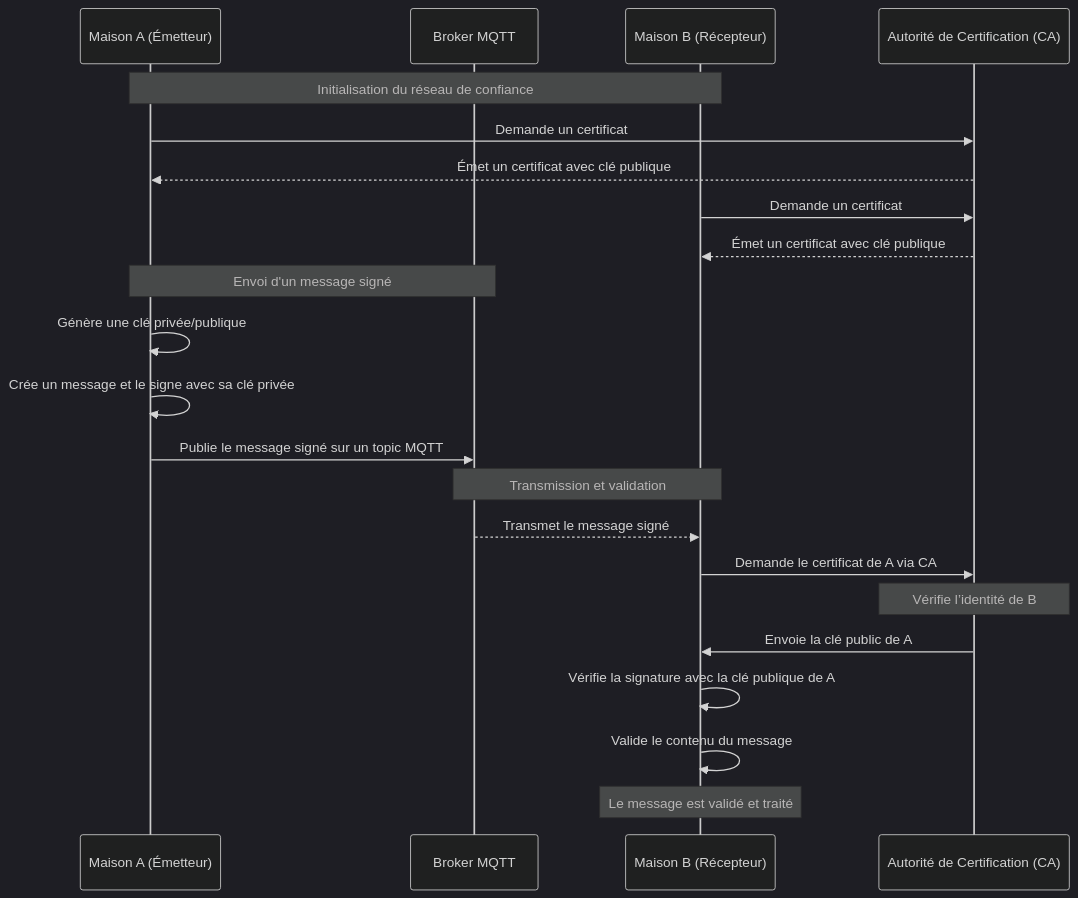
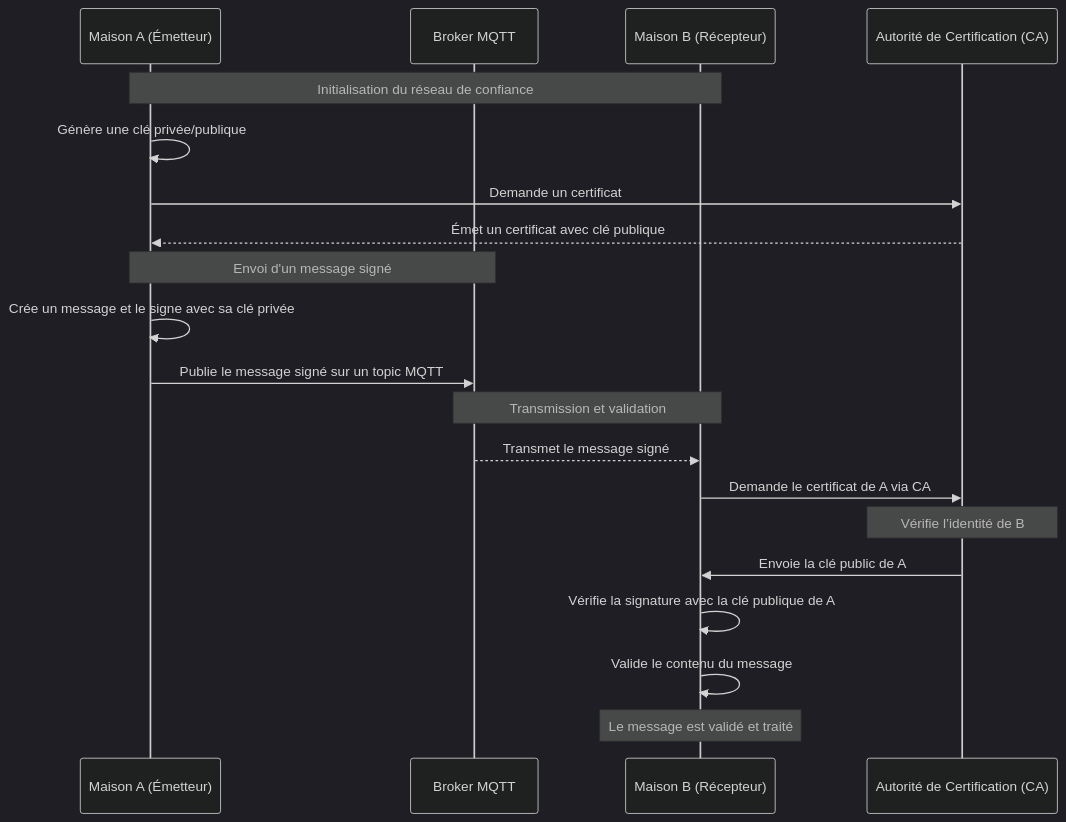
The diagram in supports/reseau-confiance.md (termimi/321-Prog_distrib), drawn with Mermaid (dark theme) before and after one commit.

Commit message:
review(security): Slightly adapt the mermaid diagram

````diff
--- a/supports/reseau-confiance.md
+++ b/supports/reseau-confiance.md
@@ -60,28 +60,26 @@
 ```mermaid
 sequenceDiagram
    participant A as Maison A (Émetteur)
    participant Broker as Broker MQTT
    participant B as Maison B (Récepteur)
    participant CA as Autorité de Certification (CA)
 
     Note over A, B: Initialisation du réseau de confiance
+    A->>A: Génère une clé privée/publique
     A->>CA: Demande un certificat
     CA-->>A: Émet un certificat avec clé publique
-    B->>CA: Demande un certificat
-    CA-->>B: Émet un certificat avec clé publique
 
     Note over A, Broker: Envoi d'un message signé
-    A->>A: Génère une clé privée/publique
     A->>A: Crée un message et le signe avec sa clé privée
     A->>Broker: Publie le message signé sur un topic MQTT
 
     Note over Broker, B: Transmission et validation
     Broker-->>B: Transmet le message signé
     B->>CA: Demande le certificat de A via CA
     Note over CA: Vérifie l’identité de B
     CA->>B: Envoie la clé public de A
     B->>B: Vérifie la signature avec la clé publique de A
     B->>B: Valide le contenu du message
 
     Note over B: Le message est validé et traité
 ```
````
